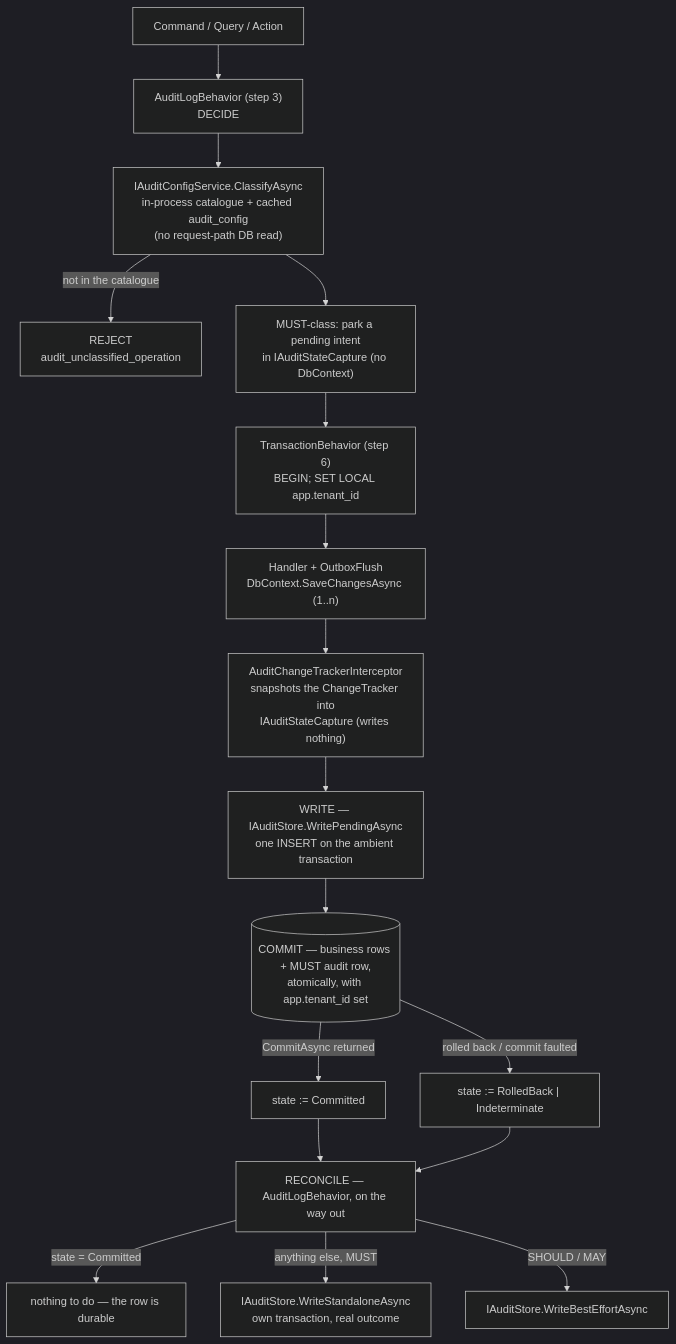
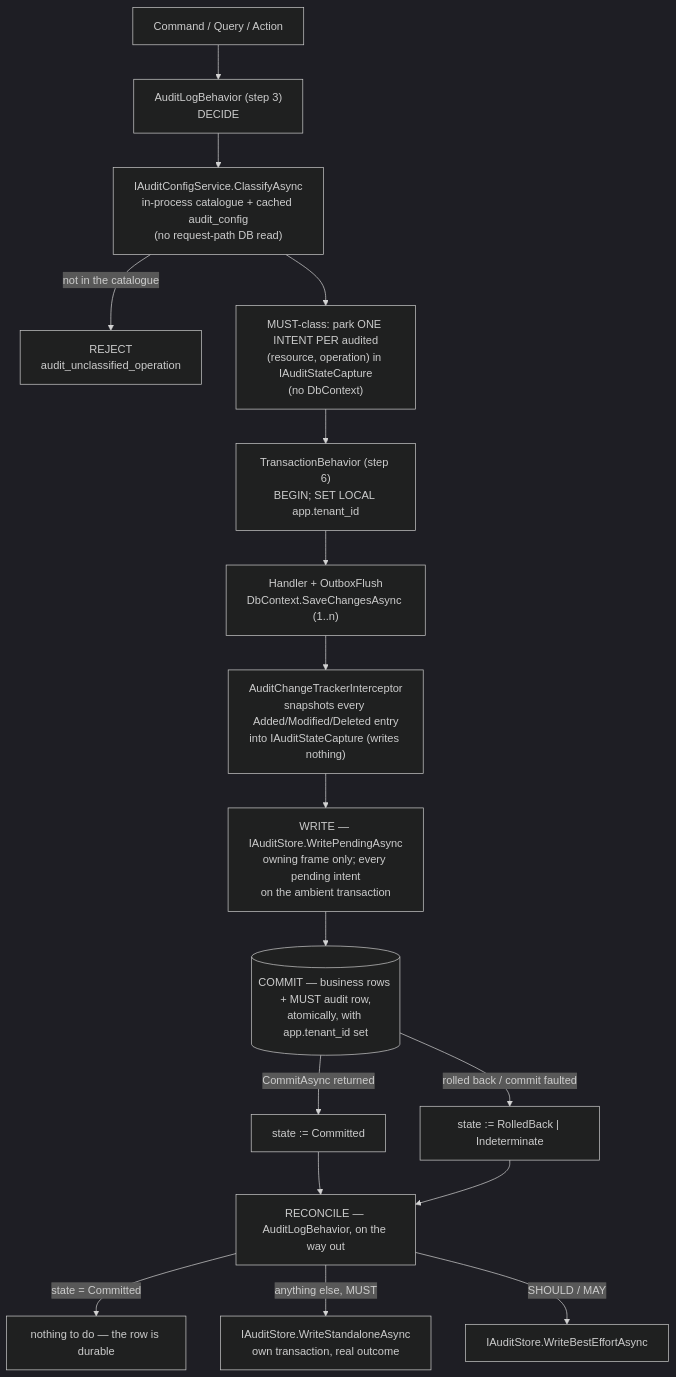
The diagram in docs/architecture/31-audit-subsystem.md (HodeTech/LearnStack), drawn with Mermaid (dark theme) before and after one commit. The commit also changed other lines of this file and 30 other files, not shown here.

````diff
--- a/docs/architecture/31-audit-subsystem.md
+++ b/docs/architecture/31-audit-subsystem.md
@@ -55,19 +67,19 @@
 ```mermaid
 flowchart TB
     Cmd["Command / Query / Action"] --> Behavior["AuditLogBehavior (step 3)<br/>DECIDE"]
     Behavior --> Config["IAuditConfigService.ClassifyAsync<br/>in-process catalogue + cached audit_config<br/>(no request-path DB read)"]
     Config -->|"not in the catalogue"| Closed["REJECT<br/>audit_unclassified_operation"]
-    Config --> Intent["MUST-class: park a pending intent<br/>in IAuditStateCapture (no DbContext)"]
+    Config --> Intent["MUST-class: park ONE INTENT PER audited<br/>(resource, operation) in IAuditStateCapture<br/>(no DbContext)"]
     Intent --> Tx["TransactionBehavior (step 6)<br/>BEGIN; SET LOCAL app.tenant_id"]
     Tx --> Handler["Handler + OutboxFlush<br/>DbContext.SaveChangesAsync (1..n)"]
-    Handler --> Capture["AuditChangeTrackerInterceptor<br/>snapshots the ChangeTracker into<br/>IAuditStateCapture (writes nothing)"]
-    Capture --> Write["WRITE — IAuditStore.WritePendingAsync<br/>one INSERT on the ambient transaction"]
+    Handler --> Capture["AuditChangeTrackerInterceptor<br/>snapshots every Added/Modified/Deleted entry<br/>into IAuditStateCapture (writes nothing)"]
+    Capture --> Write["WRITE — IAuditStore.WritePendingAsync<br/>owning frame only; every pending intent<br/>on the ambient transaction"]
     Write --> Commit[("COMMIT — business rows + MUST audit row,<br/>atomically, with app.tenant_id set")]
     Commit -->|"CommitAsync returned"| Ok["state := Committed"]
     Commit -->|"rolled back / commit faulted"| NotOk["state := RolledBack | Indeterminate"]
     Ok --> Recon["RECONCILE — AuditLogBehavior, on the way out"]
     NotOk --> Recon
     Recon -->|"state = Committed"| Done["nothing to do — the row is durable"]
     Recon -->|"anything else, MUST"| Standalone["IAuditStore.WriteStandaloneAsync<br/>own transaction, real outcome"]
     Recon -->|"SHOULD / MAY"| Best["IAuditStore.WriteBestEffortAsync"]
 ```
````
